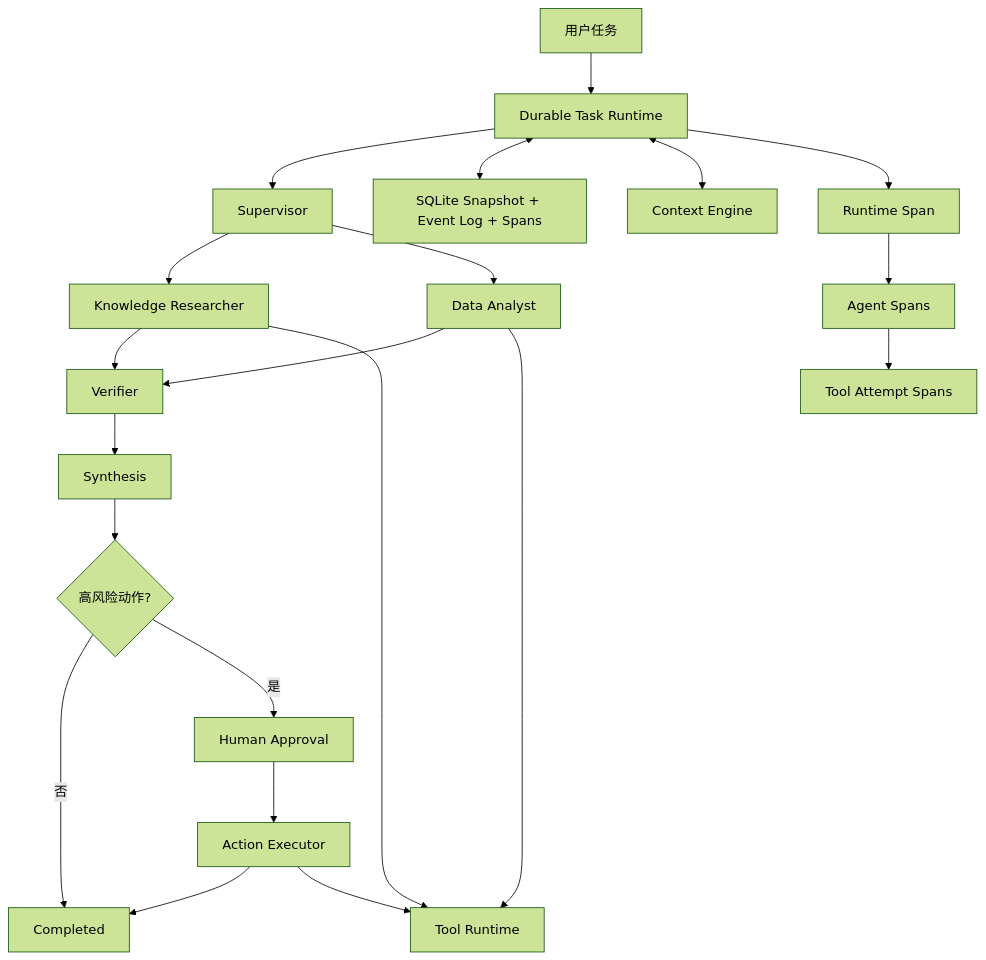
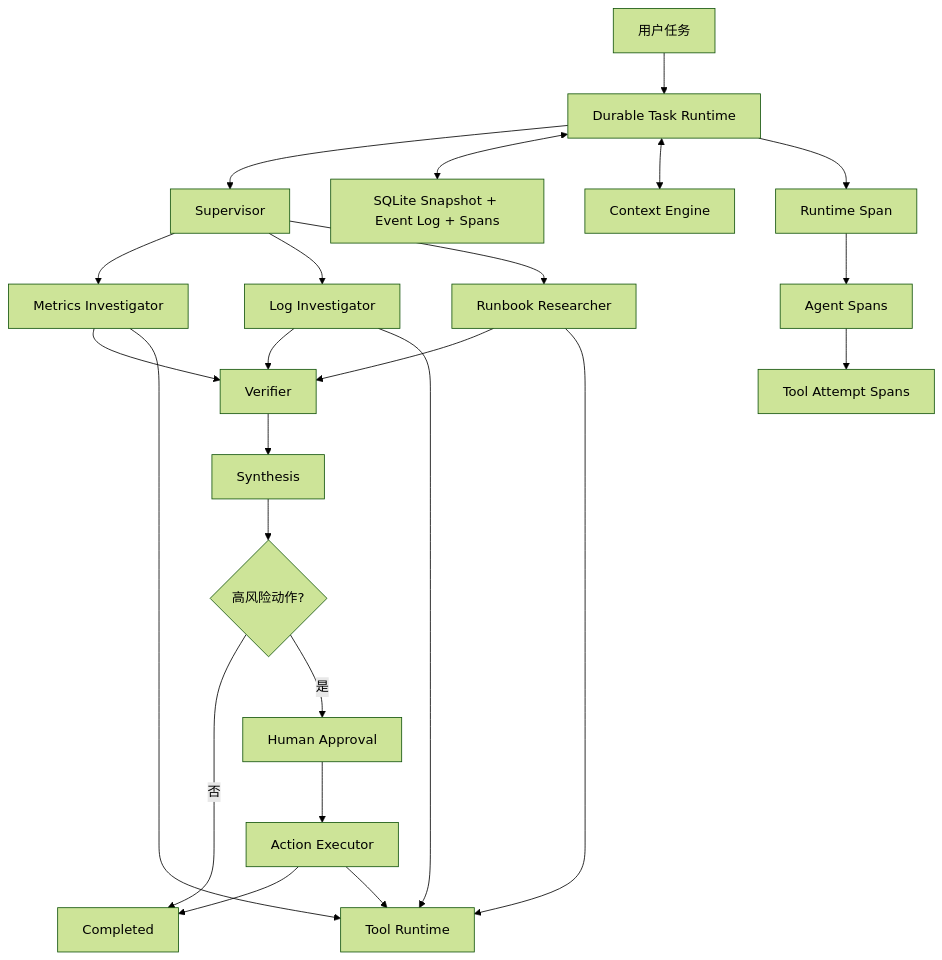
Before and after one commit to WeSsZz/AI-Engineer-Roadmap-2026: the first of 2 diagrams in projects/enterprise-agent/architecture.md, drawn with Mermaid (forest theme). The commit also changed other lines of this file and 11 other files, not shown here.

````diff
--- a/projects/enterprise-agent/architecture.md
+++ b/projects/enterprise-agent/architecture.md
@@ -20,24 +20,27 @@
 ```mermaid
 flowchart TD
     U["用户任务"] --> R["Durable Task Runtime"]
     R --> S["Supervisor"]
-    S --> K["Knowledge Researcher"]
-    S --> D["Data Analyst"]
-    K --> V["Verifier"]
-    D --> V
+    S --> M["Metrics Investigator"]
+    S --> L["Log Investigator"]
+    S --> K["Runbook Researcher"]
+    M --> V["Verifier"]
+    L --> V
+    K --> V
     V --> Y["Synthesis"]
     Y --> A{"高风险动作?"}
     A -->|否| C["Completed"]
     A -->|是| H["Human Approval"]
     H --> X["Action Executor"]
     X --> C
 
     R <--> DB["SQLite Snapshot + Event Log + Spans"]
     R <--> CTX["Context Engine"]
-    K --> TG["Tool Runtime"]
-    D --> TG
+    M --> TG["Tool Runtime"]
+    L --> TG
+    K --> TG
     X --> TG
     R --> TR["Runtime Span"]
     TR --> AS["Agent Spans"]
     AS --> TS["Tool Attempt Spans"]
 ```
````
